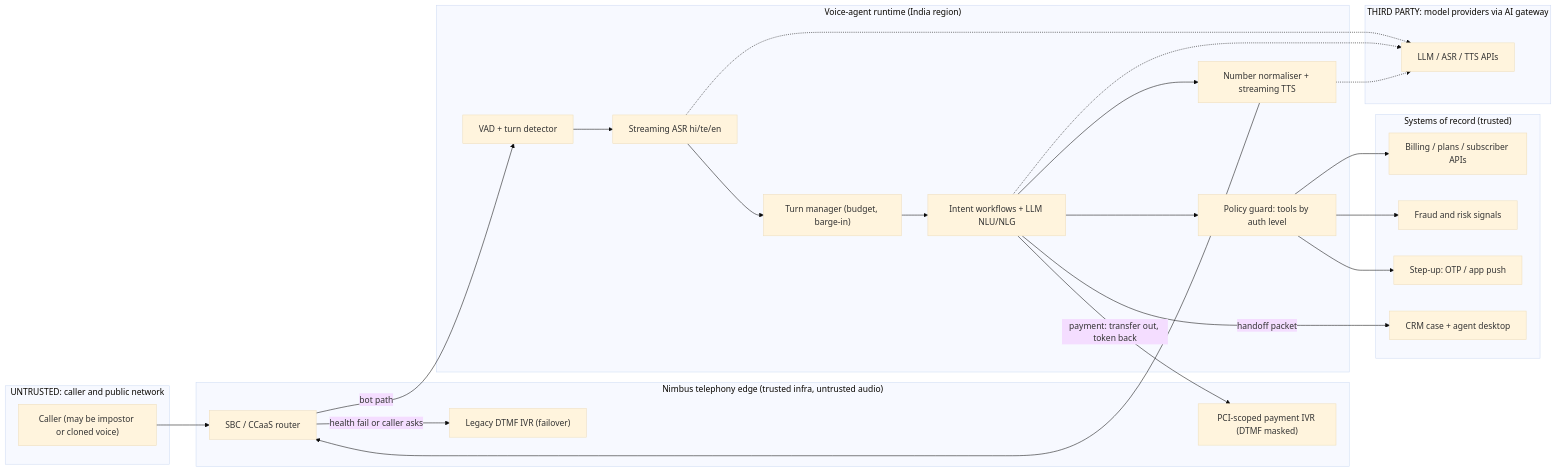
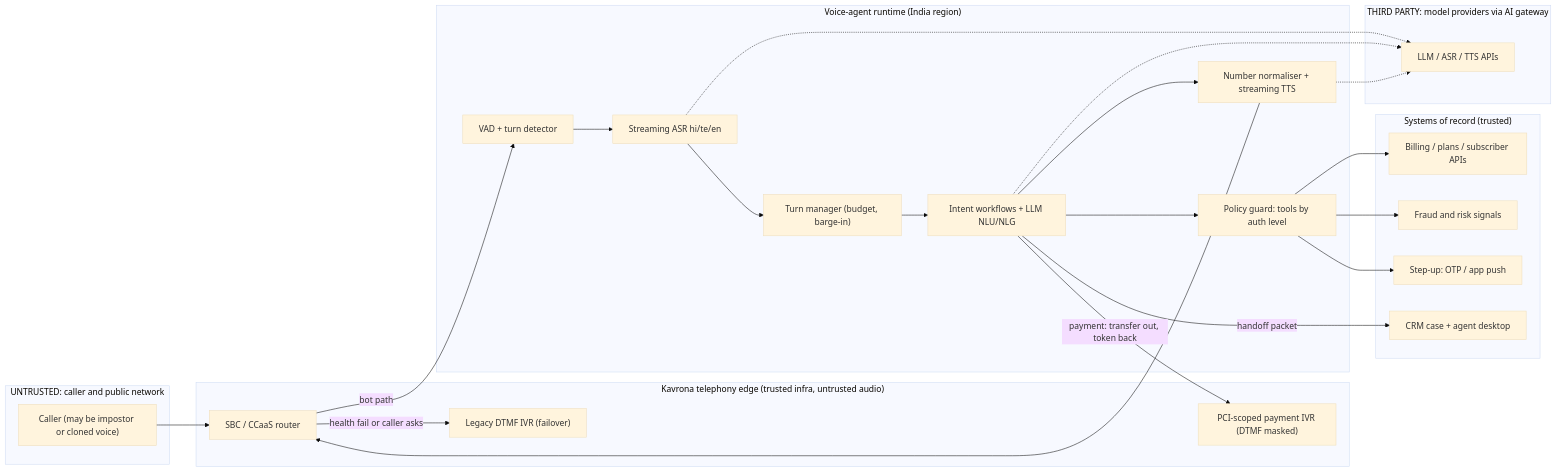
Before and after one commit to nagarjunak-pixel/02-autogpt-autonomous-agent: the diagram in curriculum/projects/P04-contact-centre-voice-agent.md, drawn with Mermaid (base theme). The commit also changed other lines of this file and 1 other file, not shown here.

````diff
--- a/curriculum/projects/P04-contact-centre-voice-agent.md
+++ b/curriculum/projects/P04-contact-centre-voice-agent.md
@@ -129,40 +129,40 @@
 ```mermaid
 flowchart LR
   subgraph U["UNTRUSTED: caller and public network"]
     C["Caller (may be impostor or cloned voice)"]
   end
-  subgraph E["Nimbus telephony edge (trusted infra, untrusted audio)"]
+  subgraph E["Kavrona telephony edge (trusted infra, untrusted audio)"]
     SBC["SBC / CCaaS router"]
     IVR["Legacy DTMF IVR (failover)"]
     PAY["PCI-scoped payment IVR (DTMF masked)"]
   end
   subgraph V["Voice-agent runtime (India region)"]
     VAD["VAD + turn detector"]
     ASR["Streaming ASR hi/te/en"]
     TM["Turn manager (budget, barge-in)"]
     WF["Intent workflows + LLM NLU/NLG"]
     PG["Policy guard: tools by auth level"]
     TTS["Number normaliser + streaming TTS"]
   end
   subgraph S["Systems of record (trusted)"]
     BSS["Billing / plans / subscriber APIs"]
     RISK["Fraud and risk signals"]
     OTP["Step-up: OTP / app push"]
     CRM["CRM case + agent desktop"]
   end
   subgraph X["THIRD PARTY: model providers via AI gateway"]
     PROV["LLM / ASR / TTS APIs"]
   end
   C --> SBC
   SBC -->|"bot path"| VAD --> ASR --> TM --> WF --> TTS --> SBC
   SBC -->|"health fail or caller asks"| IVR
   WF --> PG
   PG --> BSS
   PG --> RISK
   PG --> OTP
   WF -->|"payment: transfer out, token back"| PAY
   WF -->|"handoff packet"| CRM
   ASR -.-> PROV
   WF -.-> PROV
   TTS -.-> PROV
 ```
````
